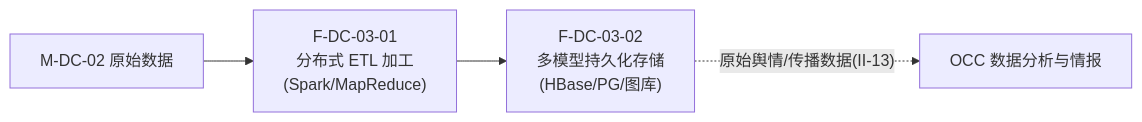
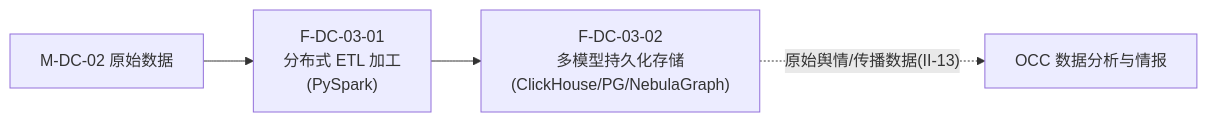
The fifth of 49 diagrams in 公司项目/认知作战/文档/软件概要设计-架构图.md (Sj-g/obsidian), drawn with Mermaid before and after one commit. The commit also changed other lines of this file and 7 other files, not shown here.

````diff
--- a/公司项目/认知作战/文档/软件概要设计-架构图.md
+++ b/公司项目/认知作战/文档/软件概要设计-架构图.md
@@ -131,9 +131,9 @@
 ```mermaid
 flowchart LR
-    F0301["F-DC-03-01<br/>分布式 ETL 加工<br/>(Spark/MapReduce)"]
-    F0302["F-DC-03-02<br/>多模型持久化存储<br/>(HBase/PG/图库)"]
+    F0301["F-DC-03-01<br/>分布式 ETL 加工<br/>(PySpark)"]
+    F0302["F-DC-03-02<br/>多模型持久化存储<br/>(ClickHouse/PG/NebulaGraph)"]
 
     EXT["M-DC-02 原始数据"] --> F0301
     F0301 --> F0302
     F0302 -.->|"原始舆情/传播数据(II-13)"| OCC["OCC 数据分析与情报"]
 ```
````
